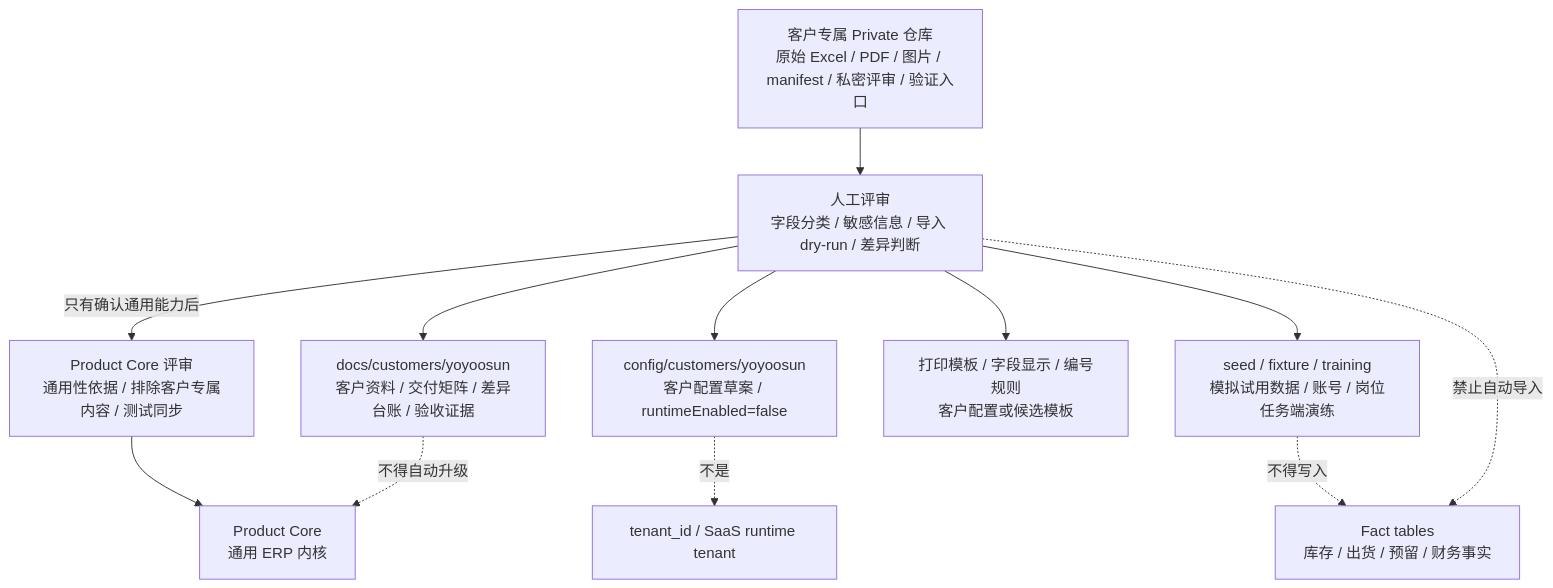
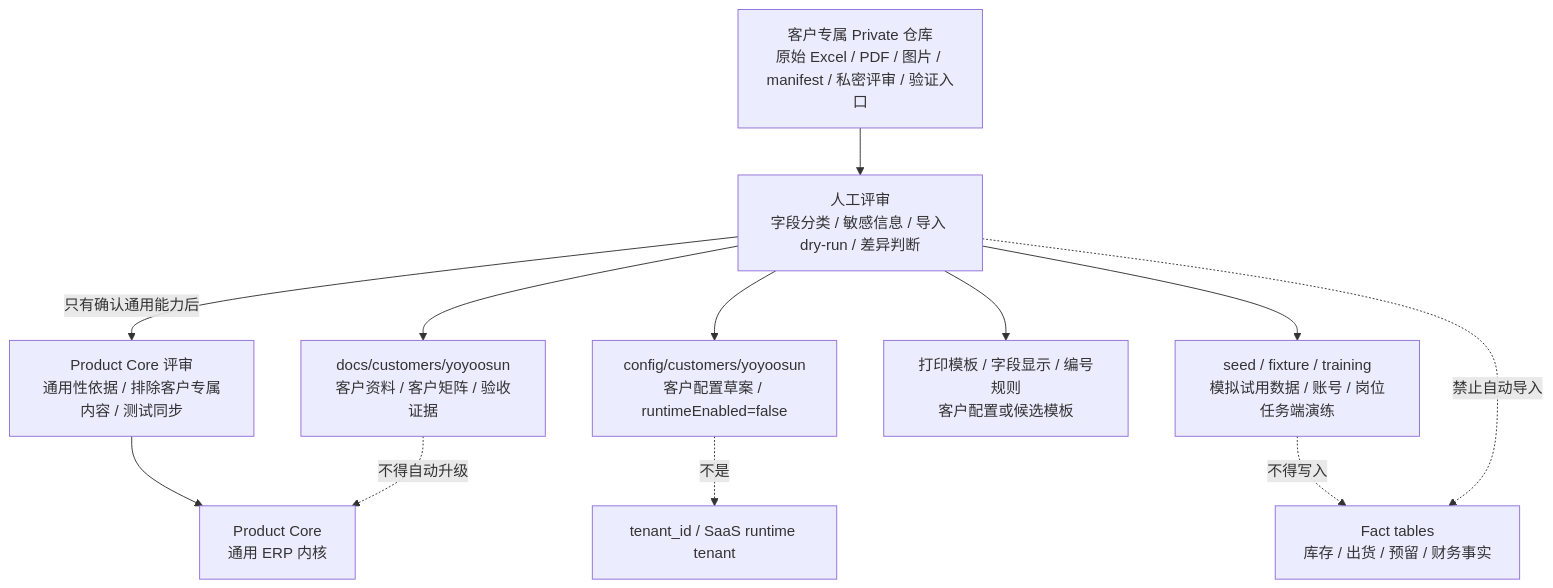
The diagram in docs/customers/yoyoosun/README.md (saurick/plush-toy-erp), drawn with Mermaid before and after one commit. The commit also changed other lines of this file and 163 other files, not shown here.

````diff
--- a/docs/customers/yoyoosun/README.md
+++ b/docs/customers/yoyoosun/README.md
@@ -22,25 +34,25 @@
 ```mermaid
 flowchart TD
   privateRepo["客户专属 Private 仓库<br/>原始 Excel / PDF / 图片 / manifest / 私密评审 / 验证入口"]
   review["人工评审<br/>字段分类 / 敏感信息 / 导入 dry-run / 差异判断"]
-  docs["docs/customers/yoyoosun<br/>客户资料 / 交付矩阵 / 差异台账 / 验收证据"]
+  docs["docs/customers/yoyoosun<br/>客户资料 / 客户矩阵 / 验收证据"]
   config["config/customers/yoyoosun<br/>客户配置草案 / runtimeEnabled=false"]
   training["seed / fixture / training<br/>模拟试用数据 / 账号 / 岗位任务端演练"]
   templates["打印模板 / 字段显示 / 编号规则<br/>客户配置或候选模板"]
   productCore["Product Core<br/>通用 ERP 内核"]
   coreGate["Product Core 评审<br/>通用性依据 / 排除客户专属内容 / 测试同步"]
   facts["Fact tables<br/>库存 / 出货 / 预留 / 财务事实"]
   tenant["tenant_id / SaaS runtime tenant"]
 
   privateRepo --> review
   review --> docs
   review --> config
   review --> training
   review --> templates
   review -->|只有确认通用能力后| coreGate
   coreGate --> productCore
   docs -. 不得自动升级 .-> productCore
   config -. 不是 .-> tenant
   training -. 不得写入 .-> facts
   review -. 禁止自动导入 .-> facts
 ```
````
